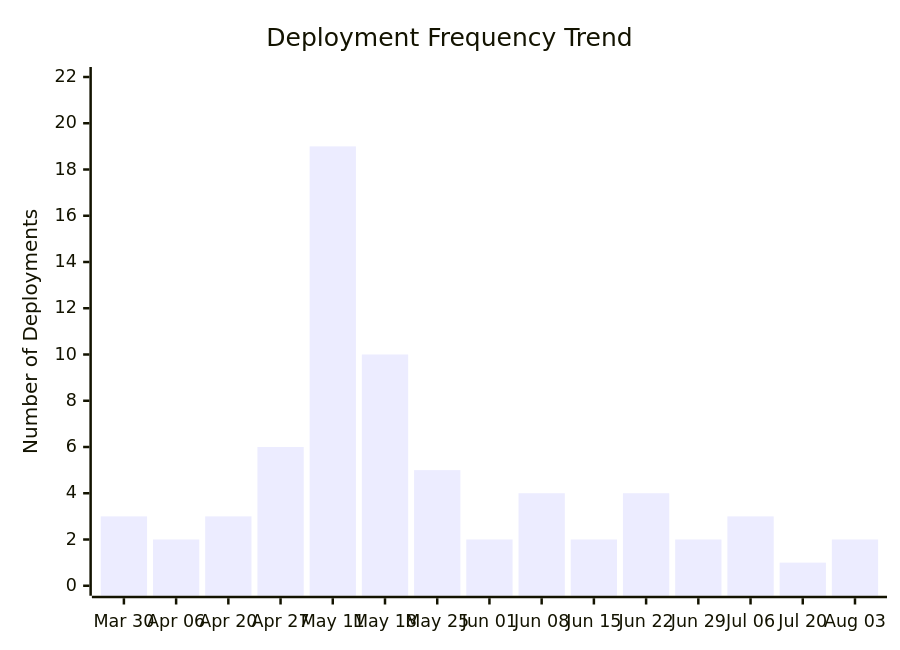
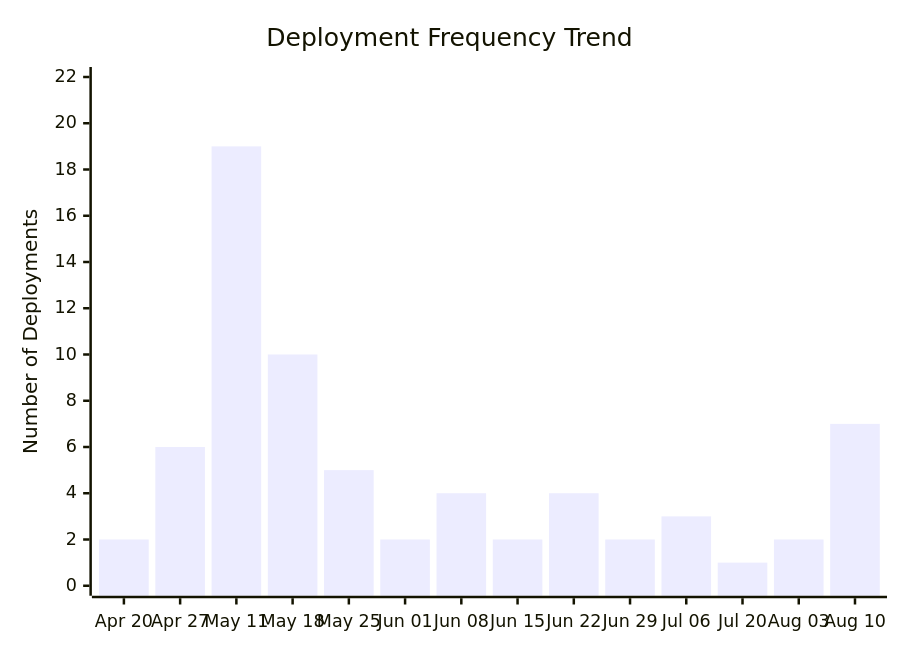
One commit to ukma-cs-ssdm-2025/rate-ukma changed the third of 4 diagrams in docs/ci-cd/dora-summary.md. Above: the diagram before and after it, drawn with Mermaid. The commit also changed other lines of this file, not shown here.

````diff
--- a/docs/ci-cd/dora-summary.md
+++ b/docs/ci-cd/dora-summary.md
@@ -57,7 +57,7 @@
 ```mermaid
 xychart-beta
     title "Deployment Frequency Trend"
-    x-axis ["Mar 30", "Apr 06", "Apr 20", "Apr 27", "May 11", "May 18", "May 25", "Jun 01", "Jun 08", "Jun 15", "Jun 22", "Jun 29", "Jul 06", "Jul 20", "Aug 03"]
+    x-axis ["Apr 20", "Apr 27", "May 11", "May 18", "May 25", "Jun 01", "Jun 08", "Jun 15", "Jun 22", "Jun 29", "Jul 06", "Jul 20", "Aug 03", "Aug 10"]
     y-axis "Number of Deployments" 0 --> 22
-    bar [3.00, 2.00, 3.00, 6.00, 19.00, 10.00, 5.00, 2.00, 4.00, 2.00, 4.00, 2.00, 3.00, 1.00, 2.00]
+    bar [2.00, 6.00, 19.00, 10.00, 5.00, 2.00, 4.00, 2.00, 4.00, 2.00, 3.00, 1.00, 2.00, 7.00]
 ```
````
